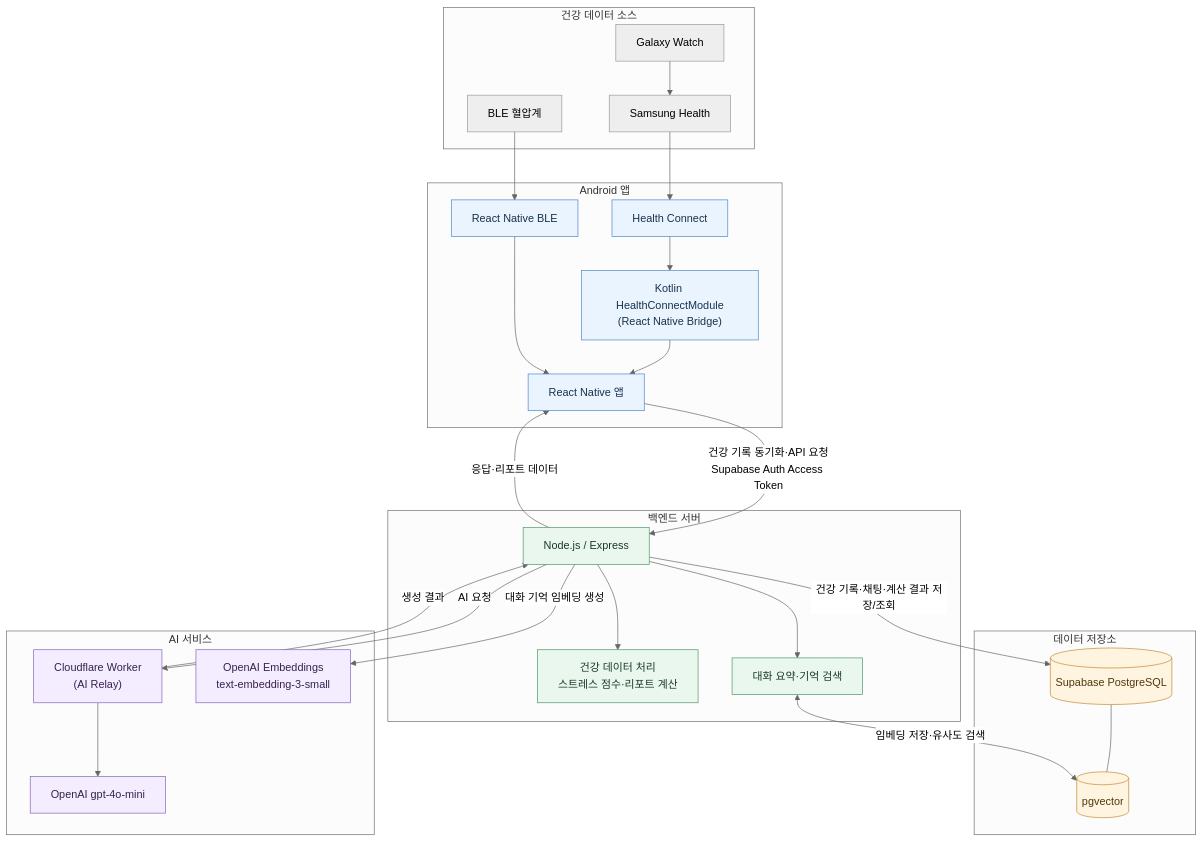
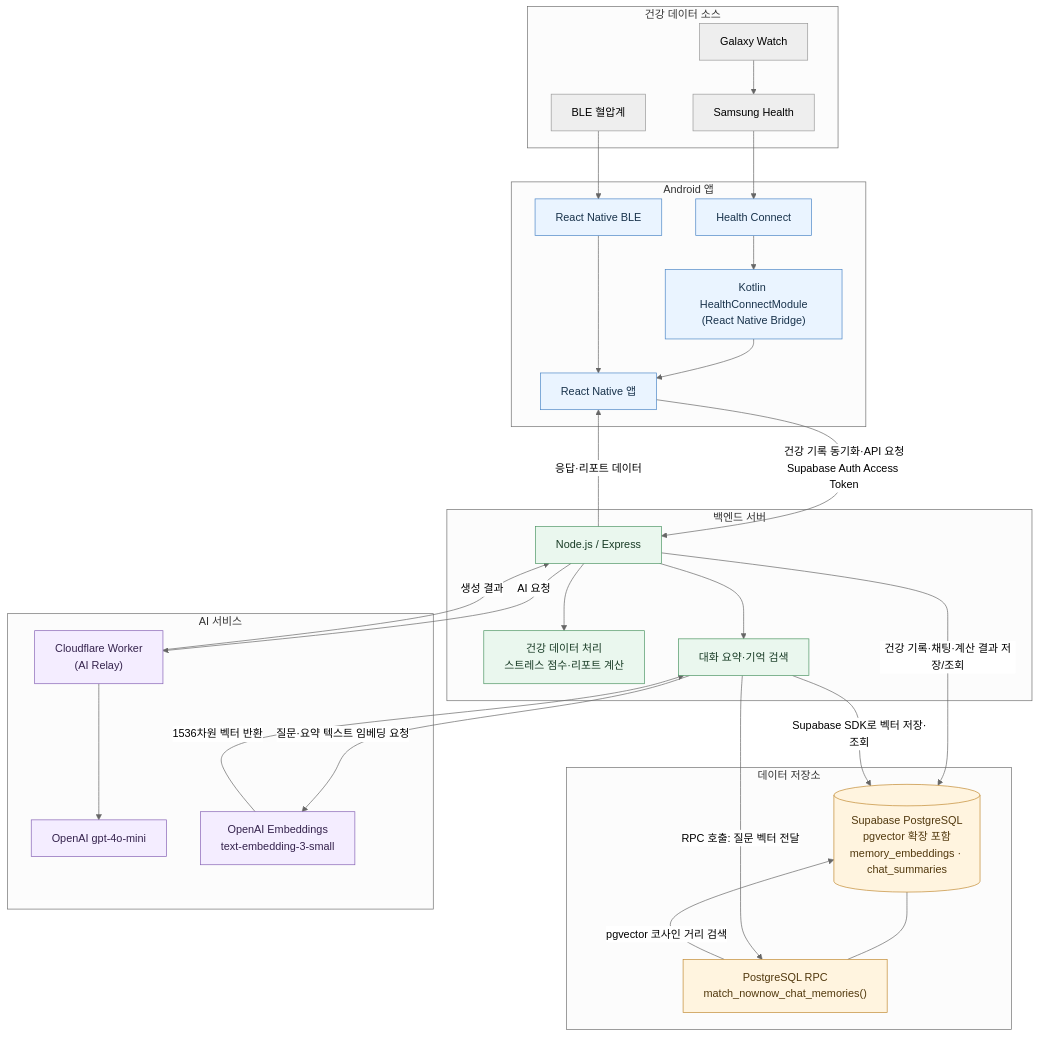
Before and after one commit to poohgajoah/NowNow: the first of 2 diagrams in README.md, drawn with Mermaid (neutral theme).

Commit message:
docs: correct pgvector architecture diagram

````diff
--- a/README.md
+++ b/README.md
@@ -126,59 +126,62 @@
 ```mermaid
 flowchart TB
   subgraph SOURCE["건강 데이터 소스"]
     WATCH["Galaxy Watch"]
     SAMSUNG["Samsung Health"]
     BP["BLE 혈압계"]
     WATCH --> SAMSUNG
   end
 
   subgraph MOBILE["Android 앱"]
     HC["Health Connect"]
     NATIVE["Kotlin HealthConnectModule<br/>(React Native Bridge)"]
     BLE["React Native BLE"]
     APP["React Native 앱"]
     SAMSUNG --> HC
     HC --> NATIVE
     BP --> BLE
     NATIVE --> APP
     BLE --> APP
   end
 
   subgraph BACKEND["백엔드 서버"]
     API["Node.js / Express"]
     STRESS["건강 데이터 처리<br/>스트레스 점수·리포트 계산"]
     MEMORY["대화 요약·기억 검색"]
     API --> STRESS
     API --> MEMORY
   end
 
   subgraph DATA["데이터 저장소"]
-    DB[("Supabase PostgreSQL")]
-    VECTOR[("pgvector")]
-    DB --- VECTOR
+    DB[("Supabase PostgreSQL<br/>pgvector 확장 포함<br/>memory_embeddings · chat_summaries")]
+    RPC["PostgreSQL RPC<br/>match_nownow_chat_memories()"]
+    DB --- RPC
   end
 
   subgraph AI["AI 서비스"]
     WORKER["Cloudflare Worker<br/>(AI Relay)"]
     CHAT["OpenAI gpt-4o-mini"]
     EMBED["OpenAI Embeddings<br/>text-embedding-3-small"]
     WORKER --> CHAT
   end
 
   APP -->|"건강 기록 동기화·API 요청<br/>Supabase Auth Access Token"| API
   API -->|"건강 기록·채팅·계산 결과 저장/조회"| DB
-  MEMORY <-->|"임베딩 저장·유사도 검색"| VECTOR
-  API -->|"대화 기억 임베딩 생성"| EMBED
+  MEMORY -->|"질문·요약 텍스트 임베딩 요청"| EMBED
+  EMBED -->|"1536차원 벡터 반환"| MEMORY
+  MEMORY -->|"Supabase SDK로 벡터 저장·조회"| DB
+  MEMORY -->|"RPC 호출: 질문 벡터 전달"| RPC
+  RPC -->|"pgvector 코사인 거리 검색"| DB
   API -->|"AI 요청"| WORKER
   WORKER -->|"생성 결과"| API
   API -->|"응답·리포트 데이터"| APP
 
   classDef mobile fill:#eaf4ff,stroke:#4c86c6,color:#18324b
   classDef backend fill:#eaf7ee,stroke:#4d9664,color:#183b25
   classDef data fill:#fff4df,stroke:#c28a32,color:#51380d
   classDef ai fill:#f4edff,stroke:#8662b5,color:#35234d
   class HC,NATIVE,BLE,APP mobile
   class API,STRESS,MEMORY backend
-  class DB,VECTOR data
+  class DB,RPC data
   class WORKER,CHAT,EMBED ai
 ```
````
